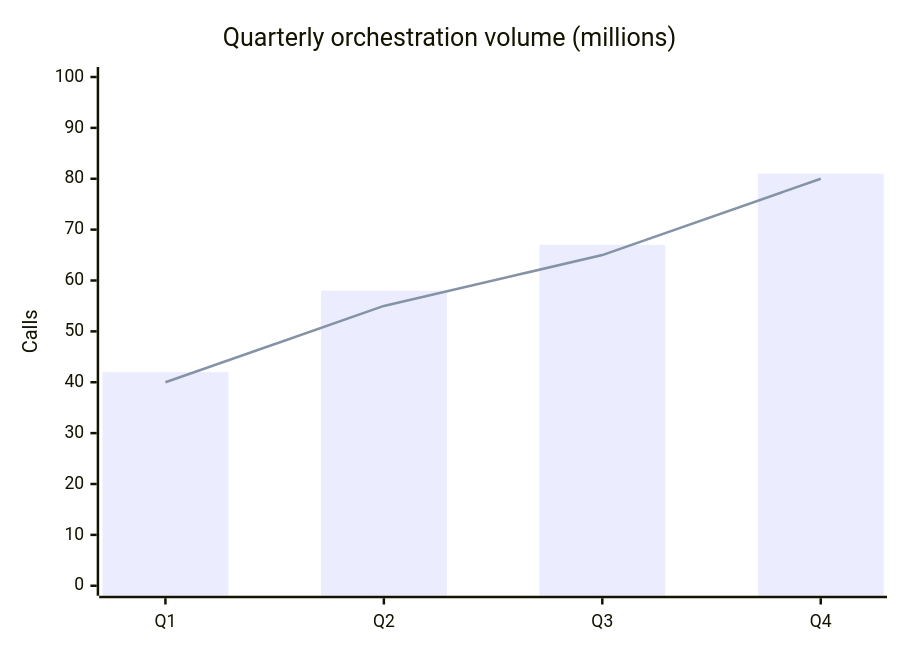
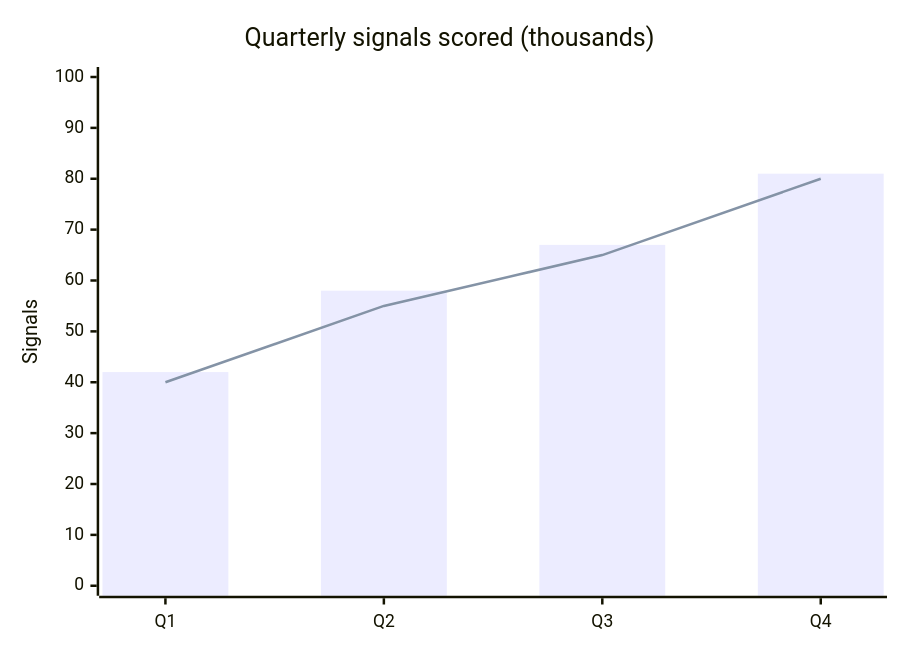
Diagram 16 of 25 in lib/components/diagram/diagram/diagram.gallery.md (SlideWright/lattice), drawn with Mermaid before and after one commit. The commit also changed other lines of this file and 81 other files, not shown here.

````diff
--- a/lib/components/diagram/diagram/diagram.gallery.md
+++ b/lib/components/diagram/diagram/diagram.gallery.md
@@ -508,8 +508,8 @@
 ```mermaid
 xychart-beta
-    title "Quarterly orchestration volume (millions)"
+    title "Quarterly signals scored (thousands)"
     x-axis [Q1, Q2, Q3, Q4]
-    y-axis "Calls" 0 --> 100
+    y-axis "Signals" 0 --> 100
     bar [42, 58, 67, 81]
     line [40, 55, 65, 80]
 ```
````
